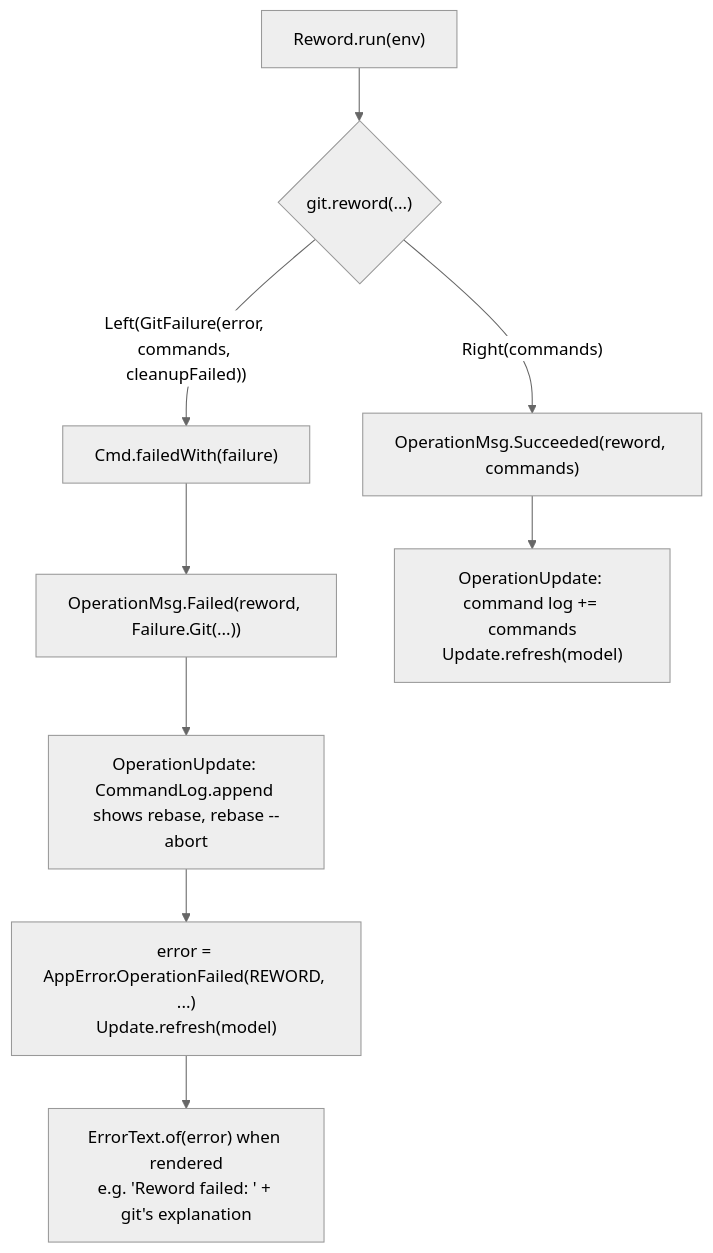
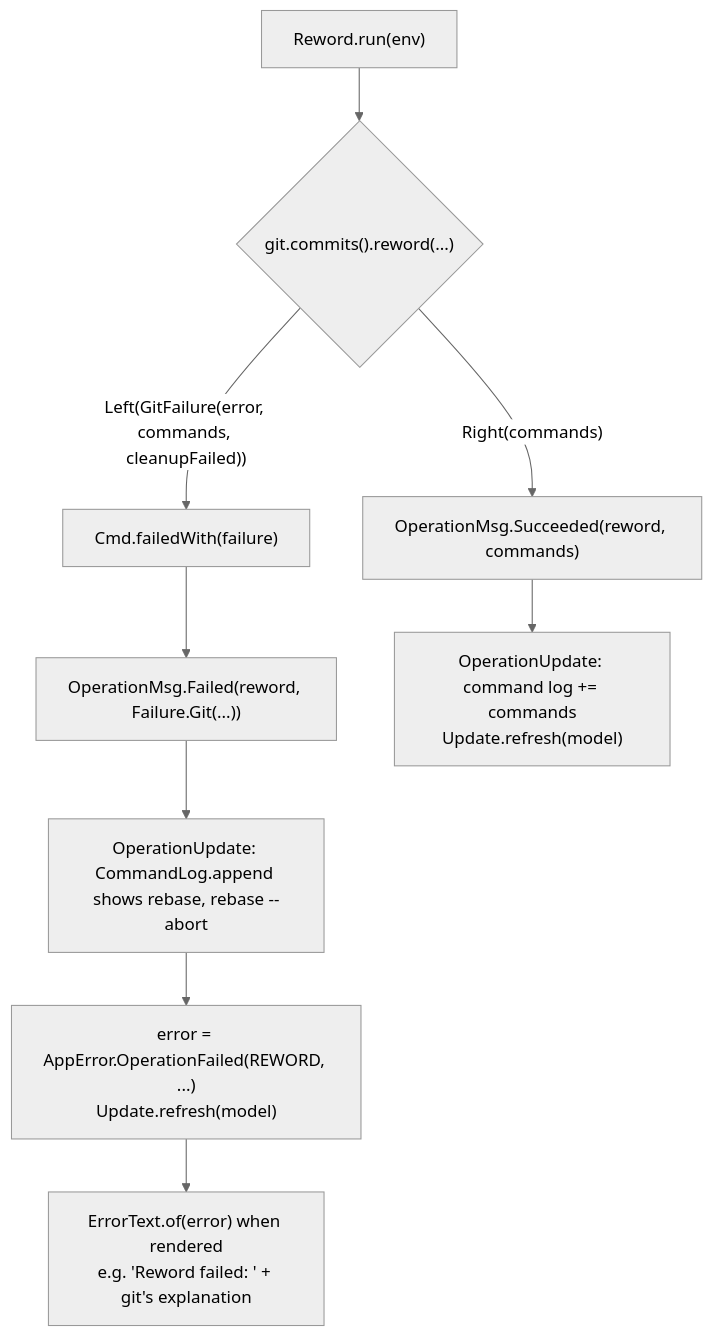
The seventh of 7 diagrams in ARCHITECTURE.md (cvanfleteren/jazygit), drawn with Mermaid (neutral theme) before and after one commit. The commit also changed other lines of this file and 2 other files, not shown here.

Commit message:
The commits' docs name the role: CliCommits#amend, git.commits().reword
From the review of #328: CliInProgress linked the deleted CliCommit, the
reword walkthrough in ARCHITECTURE.md still called git.reword, and
CliCommitsTest's javadoc only spoke of moving commits to a new branch.

````diff
--- a/ARCHITECTURE.md
+++ b/ARCHITECTURE.md
@@ -1180,11 +1180,11 @@
 ```mermaid
 flowchart TD
-    Run["Reword.run(env)"] --> Either{"git.reword(...)"}
+    Run["Reword.run(env)"] --> Either{"git.commits().reword(...)"}
     Either -- "Right(commands)" --> Done["OperationMsg.Succeeded(reword, commands)"]
     Either -- "Left(GitFailure(error, commands, cleanupFailed))" --> FailedWith["Cmd.failedWith(failure)"]
     FailedWith --> Failed["OperationMsg.Failed(reword, Failure.Git(...))"]
     Failed --> Log["OperationUpdate: CommandLog.append shows rebase, rebase --abort"]
     Log --> Update["error = AppError.OperationFailed(REWORD, ...)<br/>Update.refresh(model)"]
     Update --> Text["ErrorText.of(error) when rendered<br/>e.g. 'Reword failed: ' + git's explanation"]
     Done --> UpdateOk["OperationUpdate: command log += commands<br/>Update.refresh(model)"]
 ```
````
